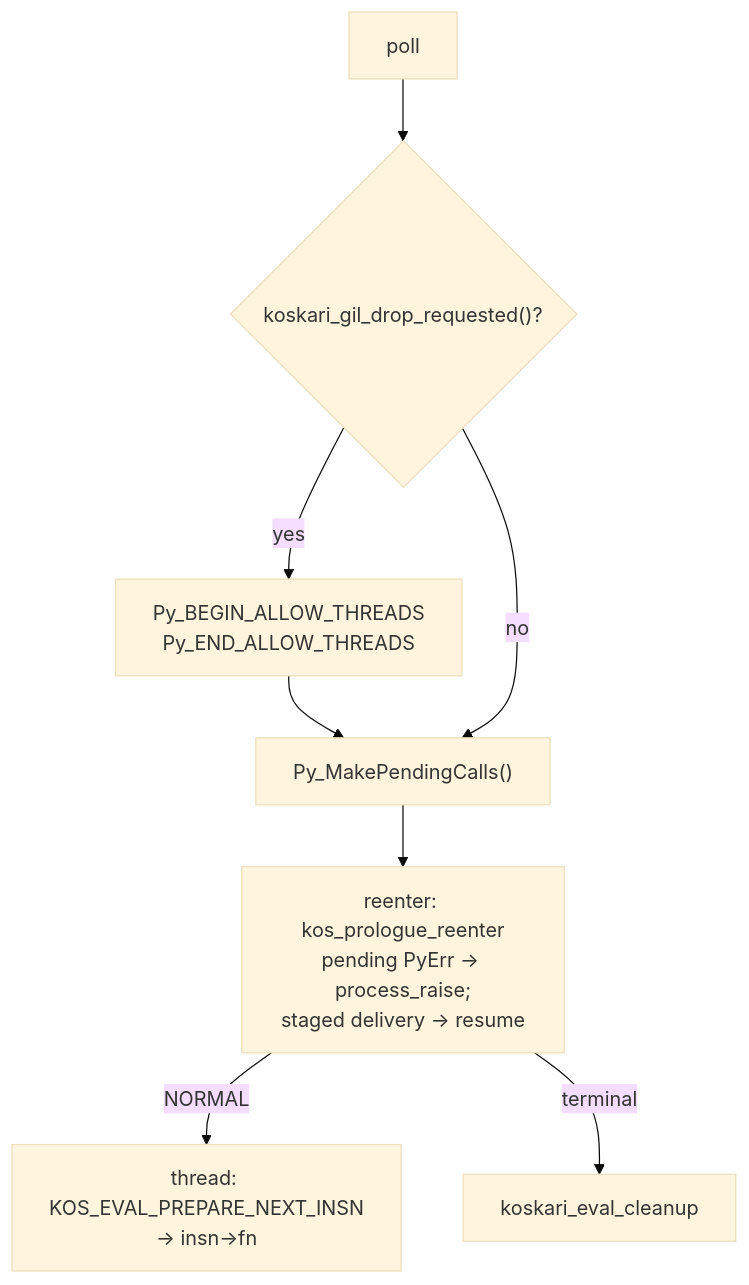
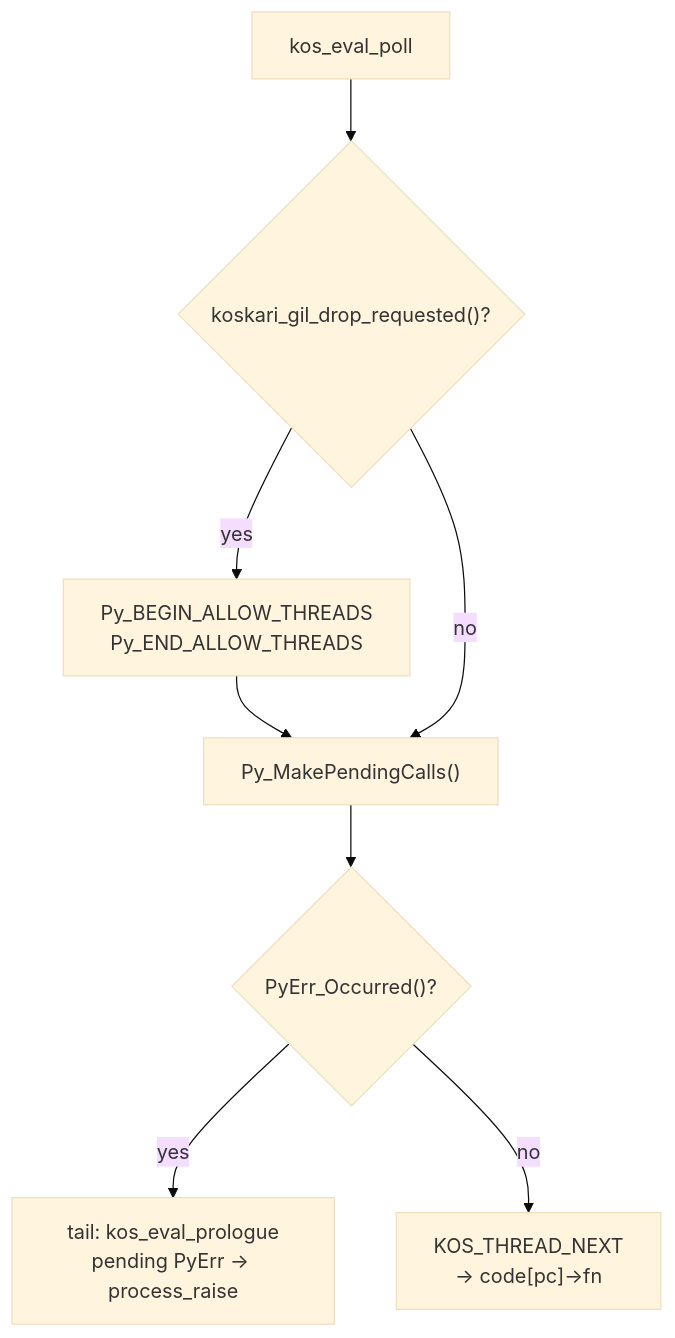
The second of 12 diagrams in design/EVALUATOR.md (koskari-lang/koskari), drawn with Mermaid (base theme) before and after one commit. The commit also changed other lines of this file, not shown here.

First line of the commit message:
Describe the evaluator as one call into a threaded prologue

````diff
--- a/design/EVALUATOR.md
+++ b/design/EVALUATOR.md
@@ -217,16 +216,17 @@
 ```mermaid
 flowchart TD
-    poll["poll"]
+    poll["kos_eval_poll"]
     drop{"koskari_gil_drop_requested()?"}
     gil["Py_BEGIN_ALLOW_THREADS<br/>Py_END_ALLOW_THREADS"]
     sig["Py_MakePendingCalls()"]
-    reenter["reenter: kos_prologue_reenter<br/>pending PyErr → process_raise;<br/>staged delivery → resume"]
-    dispatch["thread: KOS_EVAL_PREPARE_NEXT_INSN<br/>→ insn->fn"]
+    raised{"PyErr_Occurred()?"}
+    pro["tail: kos_eval_prologue<br/>pending PyErr → process_raise"]
+    dispatch["KOS_THREAD_NEXT<br/>→ code[pc]->fn"]
 
     poll --> drop
     drop -->|yes| gil --> sig
     drop -->|no| sig
-    sig --> reenter
-    reenter -->|NORMAL| dispatch
-    reenter -->|terminal| stop["koskari_eval_cleanup"]
+    sig --> raised
+    raised -->|yes| pro
+    raised -->|no| dispatch
 ```
````
